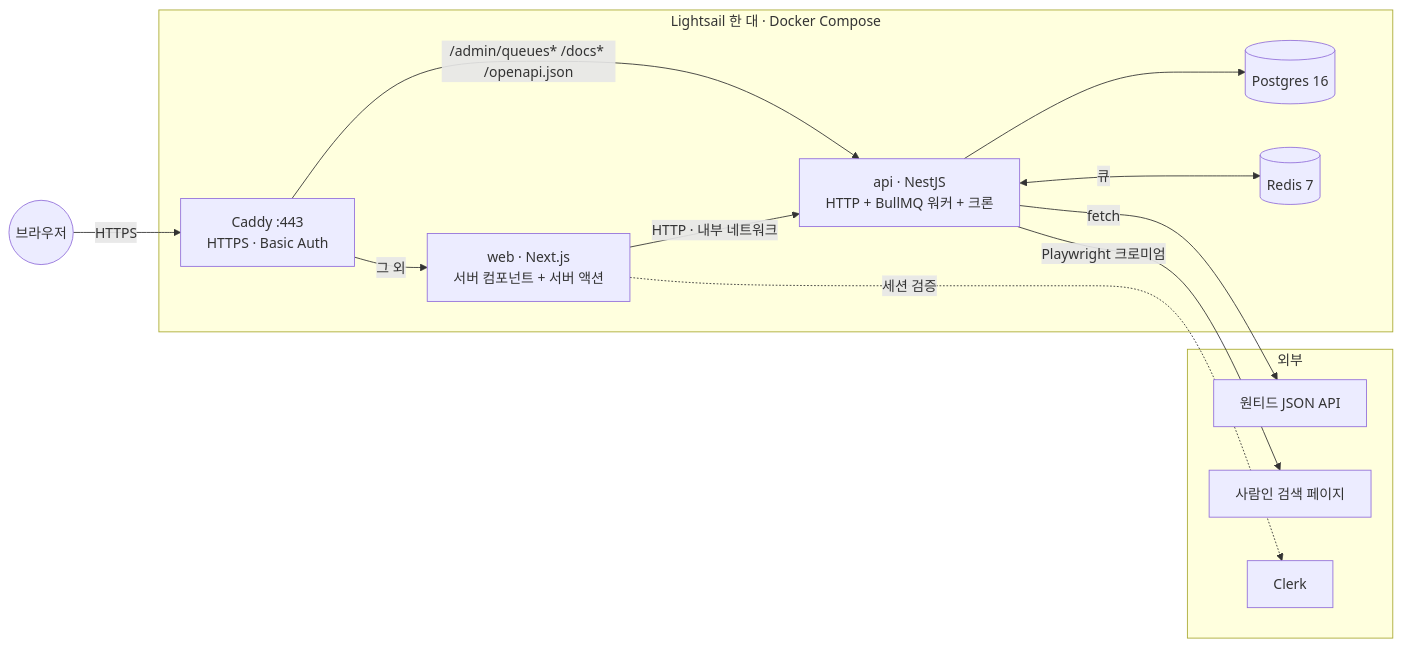
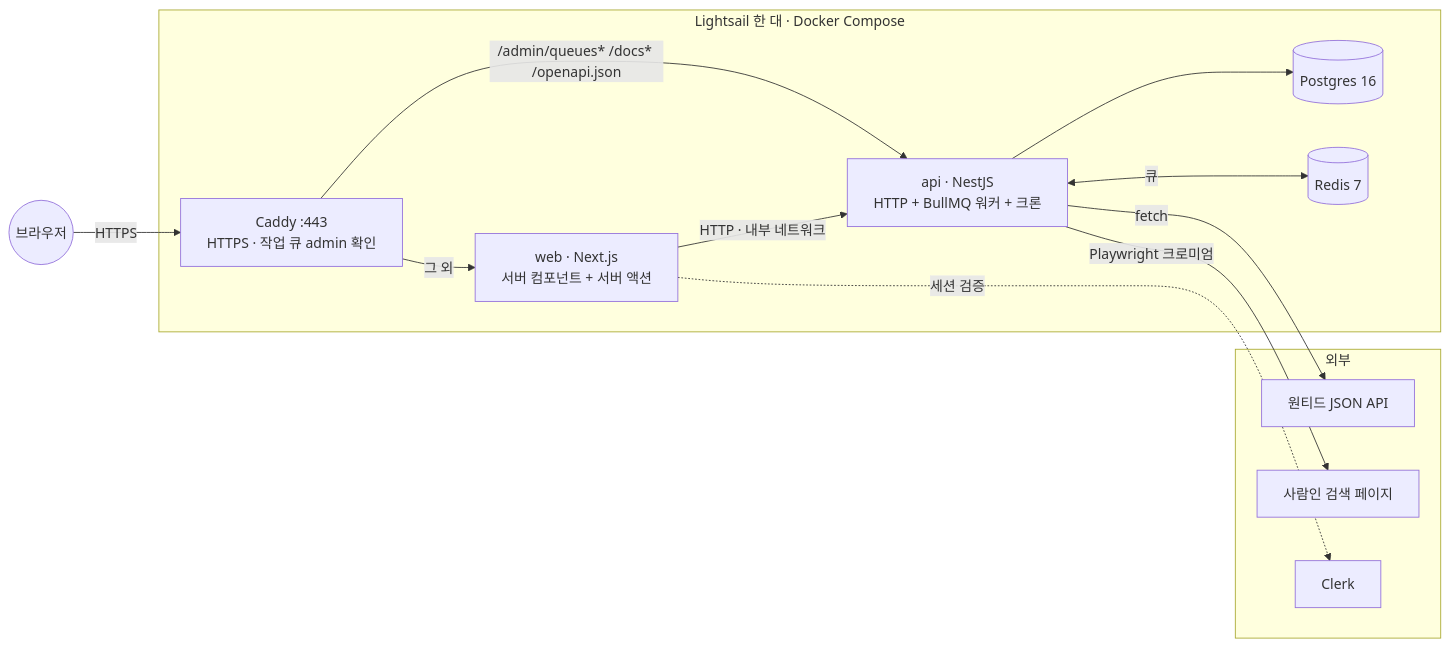
One commit to abbb1399/crawler changed the first of 5 diagrams in docs/ARCHITECTURE.md. Above: the diagram before and after it, drawn with Mermaid. The commit also changed other lines of this file and 12 other files, not shown here.

First line of the commit message:
feat: Bull Board를 admin 전용 "작업 큐" 메뉴로, Basic Auth를 Clerk admin 확인으로 교체

````diff
--- a/docs/ARCHITECTURE.md
+++ b/docs/ARCHITECTURE.md
@@ -18,26 +18,26 @@
 ```mermaid
 flowchart LR
     subgraph ext[외부]
         W[원티드 JSON API]
         S[사람인 검색 페이지]
         CL[Clerk]
     end
 
     subgraph server[Lightsail 한 대 · Docker Compose]
-        C[Caddy :443<br/>HTTPS · Basic Auth]
+        C[Caddy :443<br/>HTTPS · 작업 큐 admin 확인]
         WEB[web · Next.js<br/>서버 컴포넌트 + 서버 액션]
         API[api · NestJS<br/>HTTP + BullMQ 워커 + 크론]
         PG[(Postgres 16)]
         RD[(Redis 7)]
     end
 
     U((브라우저)) -->|HTTPS| C
     C -->|/admin/queues* /docs* /openapi.json| API
     C -->|그 외| WEB
     WEB -->|HTTP · 내부 네트워크| API
     WEB -.->|세션 검증| CL
     API --> PG
     API <-->|큐| RD
     API -->|fetch| W
     API -->|Playwright 크로미엄| S
 ```
````
